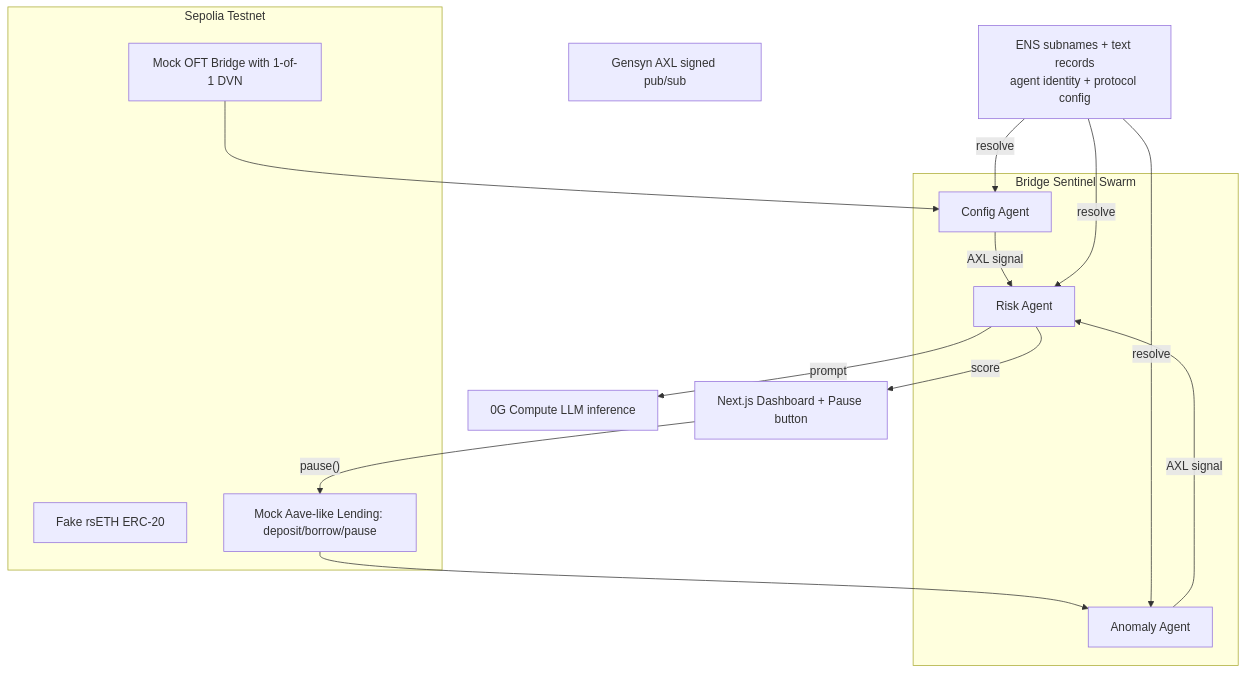
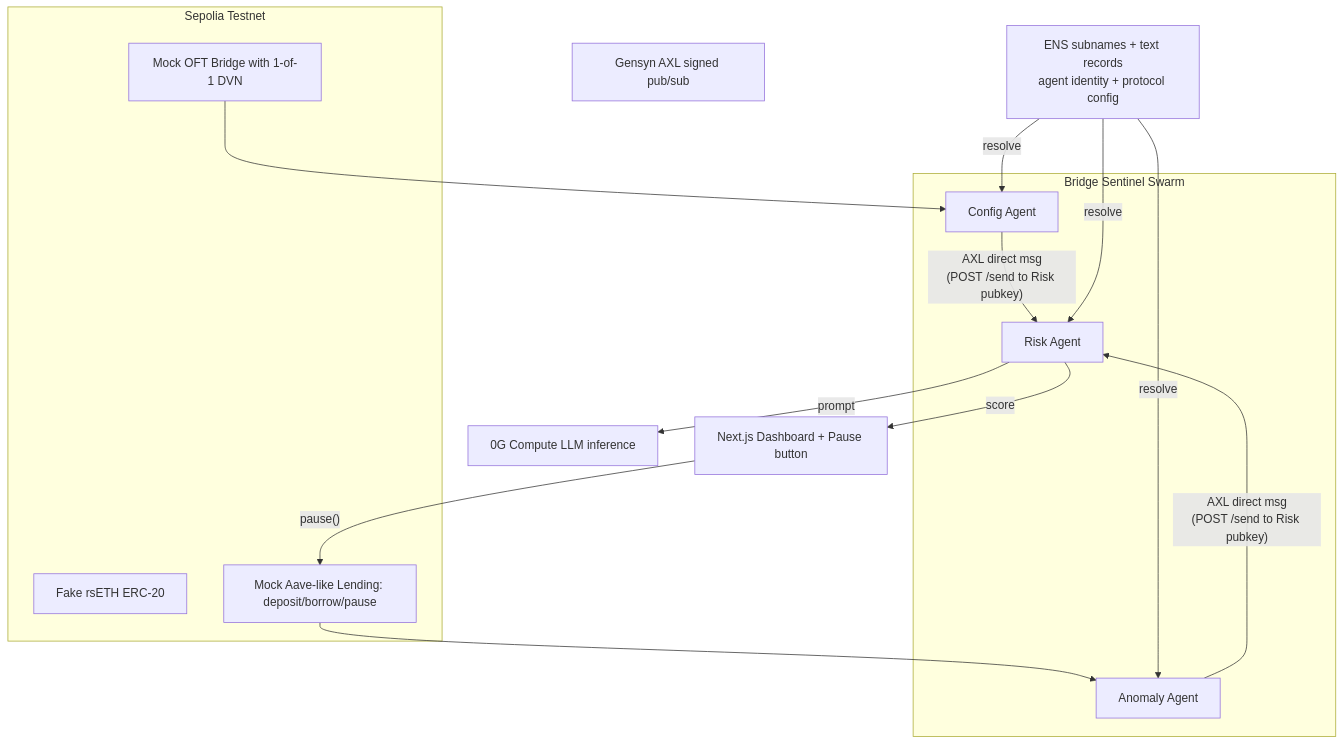
The diagram in bridge_sentinel_plan.md (AxelGes/bridge-sentinel), drawn with Mermaid before and after one commit. The commit also changed other lines of this file and 1 other file, not shown here.

````diff
--- a/bridge_sentinel_plan.md
+++ b/bridge_sentinel_plan.md
@@ -71,30 +79,30 @@
 ```mermaid
 graph TB
     subgraph testnet [Sepolia Testnet]
         Bridge[Mock OFT Bridge with 1-of-1 DVN]
         rsETH[Fake rsETH ERC-20]
         Lending[Mock Aave-like Lending: deposit/borrow/pause]
     end
 
     subgraph swarm [Bridge Sentinel Swarm]
         ConfigAgent[Config Agent]
         AnomalyAgent[Anomaly Agent]
         RiskAgent[Risk Agent]
     end
 
     ENS[ENS subnames + text records<br/>agent identity + protocol config]
     AXL[Gensyn AXL signed pub/sub]
     ZeroG[0G Compute LLM inference]
     Dashboard[Next.js Dashboard + Pause button]
 
     Bridge --> ConfigAgent
     Lending --> AnomalyAgent
-    ConfigAgent -- "AXL signal" --> RiskAgent
-    AnomalyAgent -- "AXL signal" --> RiskAgent
+    ConfigAgent -- "AXL direct msg\n(POST /send to Risk pubkey)" --> RiskAgent
+    AnomalyAgent -- "AXL direct msg\n(POST /send to Risk pubkey)" --> RiskAgent
     RiskAgent -- "prompt" --> ZeroG
     ENS -- "resolve" --> ConfigAgent
     ENS -- "resolve" --> AnomalyAgent
     ENS -- "resolve" --> RiskAgent
     RiskAgent -- "score" --> Dashboard
     Dashboard -- "pause()" --> Lending
 ```
````
